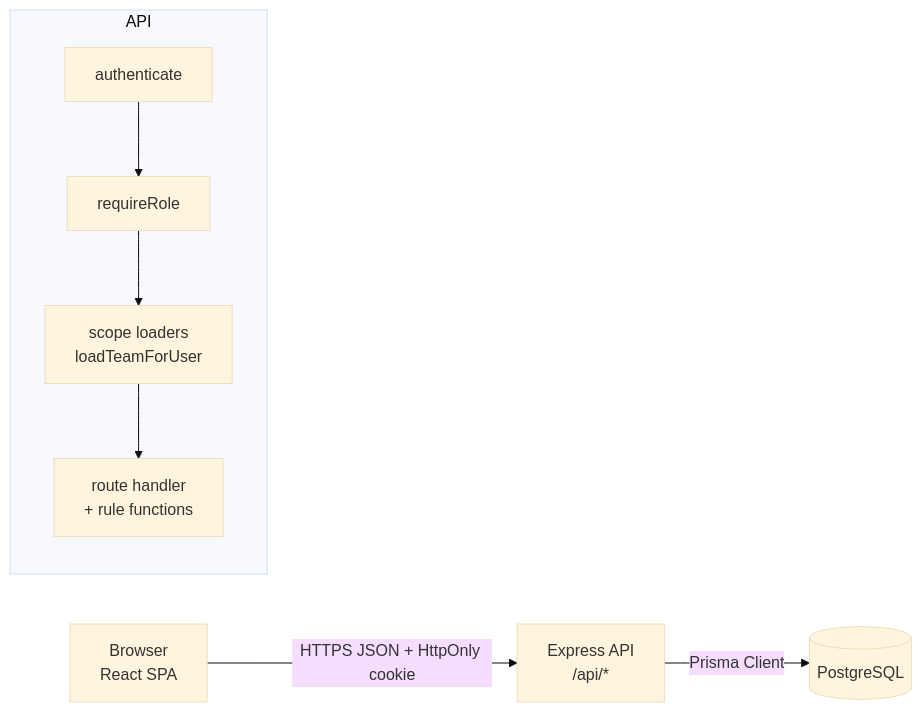
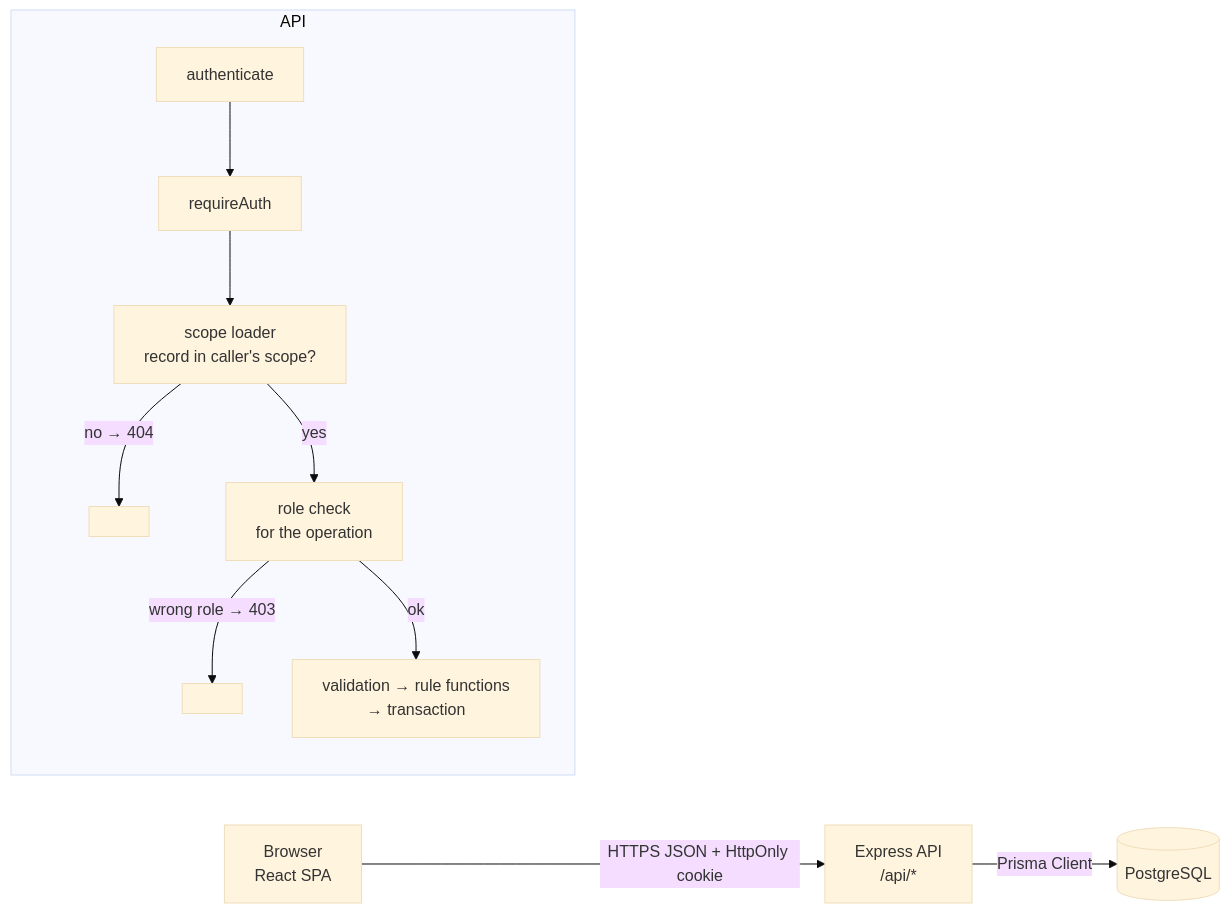
Before and after one commit to UsernameJillzaza/coursepm: the first of 2 diagrams in docs/system-sds.md, drawn with Mermaid (base theme). The commit also changed other lines of this file, not shown here.

````diff
--- a/docs/system-sds.md
+++ b/docs/system-sds.md
@@ -17,8 +17,10 @@
 ```mermaid
 flowchart LR
   B[Browser<br/>React SPA] -- "HTTPS JSON + HttpOnly cookie" --> A[Express API<br/>/api/*]
   A -- "Prisma Client" --> D[(PostgreSQL)]
   subgraph API
-    M1[authenticate] --> M2[requireRole] --> M3[scope loaders<br/>loadTeamForUser] --> S[route handler<br/>+ rule functions]
+    M1[authenticate] --> M2[requireAuth] --> M3[scope loader<br/>record in caller's scope?] -- "no → 404" --> X[ ]
+    M3 -- yes --> M4[role check<br/>for the operation] -- "wrong role → 403" --> Y[ ]
+    M4 -- ok --> S[validation → rule functions<br/>→ transaction]
   end
 ```
````
